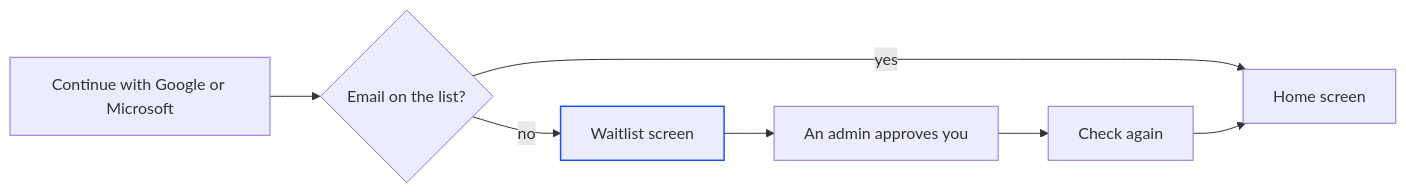
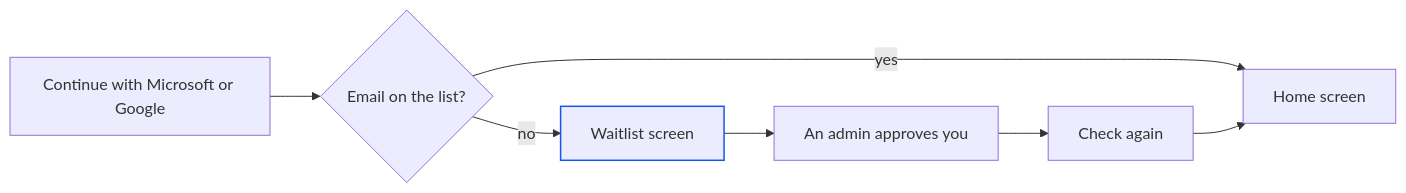
One commit to suyash-lyzr/alpha-documentation changed the diagram in account/your-account.mdx. Above: the diagram before and after it, drawn with Mermaid. The commit also changed other lines of this file and 11 other files, not shown here.

````diff
--- a/account/your-account.mdx
+++ b/account/your-account.mdx
@@ -27,11 +27,11 @@
 ```mermaid
 flowchart LR
-  signin["Continue with Google or Microsoft"] --> listed{"Email on the list?"}
+  signin["Continue with Microsoft or Google"] --> listed{"Email on the list?"}
   listed -- yes --> home["Home screen"]
   listed -- no --> wait["Waitlist screen"]
   wait --> approve["An admin approves you"]
   approve --> again["Check again"]
   again --> home
   classDef focus stroke:#1A54F0,stroke-width:1.5px;
   class wait focus
 ```
````
